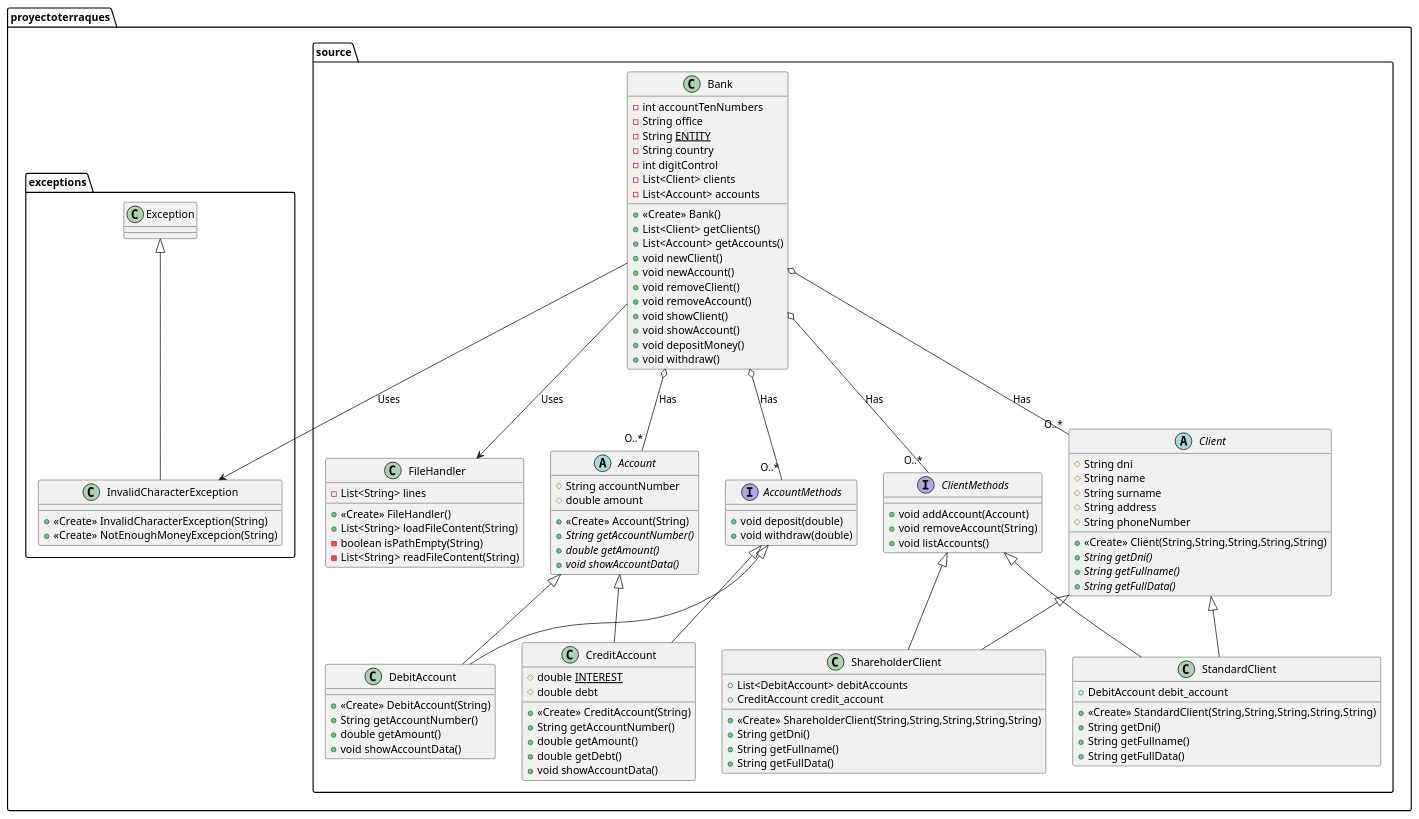
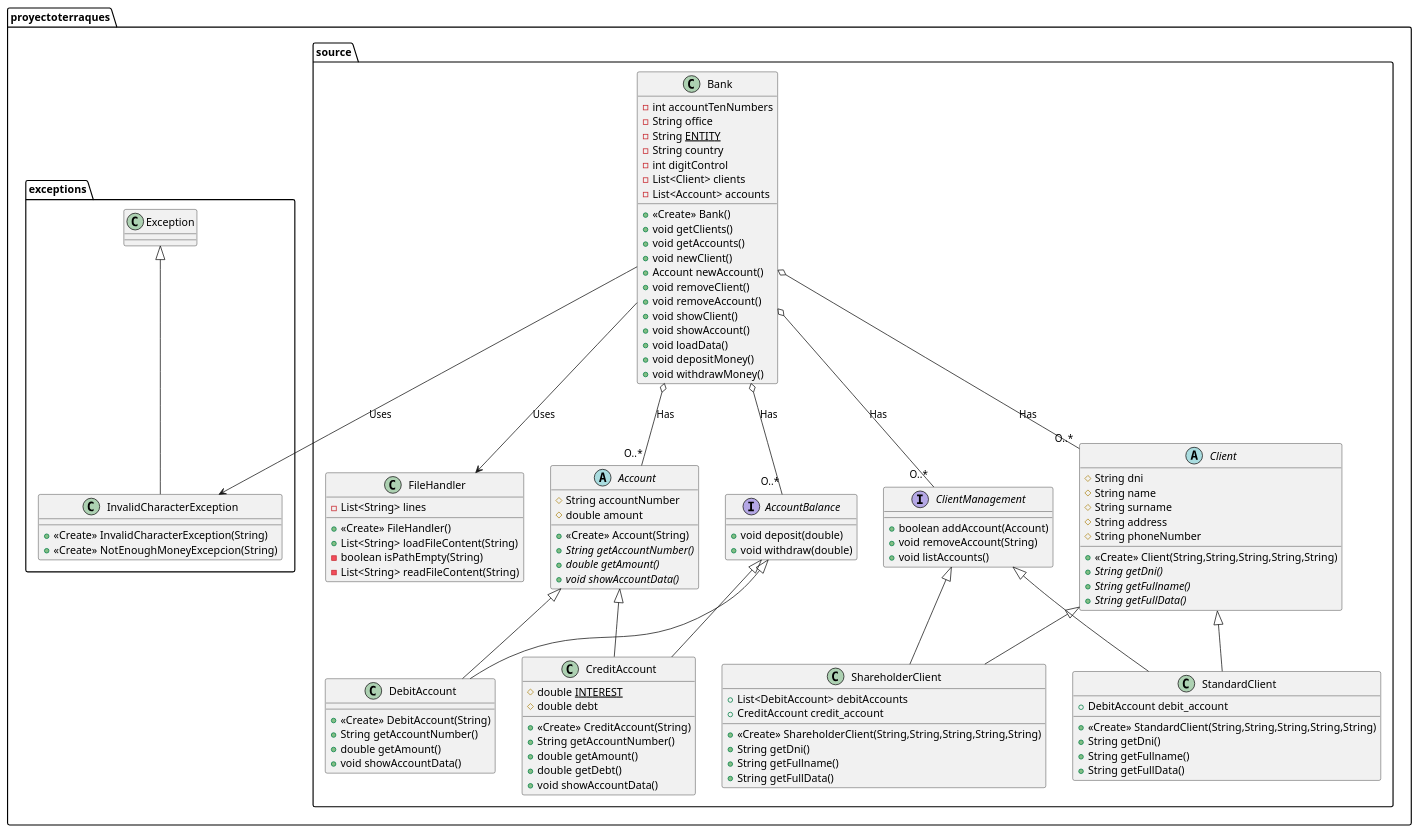
One commit to EduLostal/awesome-projects-prograii changed the diagram in proyectoTerraques/out/production/proyectoTerraques/proyectoterraques/docs/diagram.puml. Above: the diagram before and after it, drawn with PlantUML. The commit also changed 36 other files, not shown here.

```diff
--- a/proyectoTerraques/out/production/proyectoTerraques/proyectoterraques/docs/diagram.puml
+++ b/proyectoTerraques/out/production/proyectoTerraques/proyectoterraques/docs/diagram.puml
@@ -1,136 +1,137 @@
 @startuml
 
 
 class proyectoterraques.source.Bank {
 - int accountTenNumbers
 - String office
 - String <u>ENTITY</u>
 - String country
 - int digitControl
 - List<Client> clients
 - List<Account> accounts
 + <<Create>> Bank()
-+ List<Client> getClients()
-+ List<Account> getAccounts()
++ void getClients()
++ void getAccounts()
 + void newClient()
-+ void newAccount()
++ Account newAccount()
 + void removeClient()
 + void removeAccount()
 + void showClient()
 + void showAccount()
++ void loadData()
 + void depositMoney()
-+ void withdraw()
++ void withdrawMoney()
 
 }
 
 abstract class proyectoterraques.source.Client {
 # String dni
 # String name
 # String surname
 # String address
 # String phoneNumber
 + <<Create>> Client(String,String,String,String,String)
 + {abstract}String getDni()
 + {abstract}String getFullname()
 + {abstract}String getFullData()
 }
 
 class proyectoterraques.source.ShareholderClient {
 + <<Create>> ShareholderClient(String,String,String,String,String)
 + String getDni()
 + String getFullname()
 + String getFullData()
 + List<DebitAccount> debitAccounts
 + CreditAccount credit_account
 }
 
 class proyectoterraques.source.StandardClient {
 + <<Create>> StandardClient(String,String,String,String,String)
 + String getDni()
 + String getFullname()
 + String getFullData()
 + DebitAccount debit_account
 }
 
 abstract class proyectoterraques.source.Account {
 #  String accountNumber
 #  double amount
 + <<Create>> Account(String)
 + {abstract} String getAccountNumber()
 + {abstract} double getAmount()
 + {abstract} void showAccountData()
 
 }
 
-interface proyectoterraques.source.AccountMethods {
+interface proyectoterraques.source.AccountBalance {
 + void deposit(double)
 + void withdraw(double)
 
 
 }
 
-interface proyectoterraques.source.ClientMethods {
-+void addAccount(Account)
+interface proyectoterraques.source.ClientManagement {
++boolean addAccount(Account)
 +void removeAccount(String)
 +void listAccounts()
 
 }
 
 class proyectoterraques.source.DebitAccount {
 + <<Create>> DebitAccount(String)
 + String getAccountNumber()
 + double getAmount()
 + void showAccountData()
 
 
 }
 
 class proyectoterraques.source.CreditAccount {
 # double <u>INTEREST</u>
 # double debt
 + <<Create>> CreditAccount(String)
 + String getAccountNumber()
 + double getAmount()
 + double getDebt()
 + void showAccountData()
 
 
 }
 
 class proyectoterraques.source.FileHandler {
 - List<String> lines
 + <<Create>> FileHandler()
 + List<String> loadFileContent(String)
 - boolean isPathEmpty(String)
 - List<String> readFileContent(String)
 }
 
 class proyectoterraques.exceptions.Exception{
 
 }
 
 
 
 class proyectoterraques.exceptions.InvalidCharacterException{
 + <<Create>> InvalidCharacterException(String)
 + <<Create>> NotEnoughMoneyExcepcion(String)
 
 
 }
 
 proyectoterraques.source.Bank o-- "O..*" proyectoterraques.source.Account : Has
 proyectoterraques.source.Bank o-- "O..*" proyectoterraques.source.Client : Has
-proyectoterraques.source.Bank o-- "O..*" proyectoterraques.source.AccountMethods : Has
-proyectoterraques.source.Bank o-- "O..*" proyectoterraques.source.ClientMethods : Has
+proyectoterraques.source.Bank o-- "O..*" proyectoterraques.source.AccountBalance : Has
+proyectoterraques.source.Bank o-- "O..*" proyectoterraques.source.ClientManagement : Has
 proyectoterraques.source.Client <|-- proyectoterraques.source.ShareholderClient
-proyectoterraques.source.ClientMethods <|-- proyectoterraques.source.ShareholderClient
+proyectoterraques.source.ClientManagement <|-- proyectoterraques.source.ShareholderClient
 proyectoterraques.source.Account <|-- proyectoterraques.source.DebitAccount
-proyectoterraques.source.AccountMethods <|-- proyectoterraques.source.DebitAccount
+proyectoterraques.source.AccountBalance <|-- proyectoterraques.source.DebitAccount
 proyectoterraques.source.Client <|-- proyectoterraques.source.StandardClient
-proyectoterraques.source.ClientMethods <|-- proyectoterraques.source.StandardClient
+proyectoterraques.source.ClientManagement <|-- proyectoterraques.source.StandardClient
 proyectoterraques.source.Account <|-- proyectoterraques.source.CreditAccount
-proyectoterraques.source.AccountMethods <|-- proyectoterraques.source.CreditAccount
+proyectoterraques.source.AccountBalance <|-- proyectoterraques.source.CreditAccount
 proyectoterraques.source.Bank --> proyectoterraques.source.FileHandler : Uses
 proyectoterraques.source.Bank --> proyectoterraques.exceptions.InvalidCharacterException : Uses
 proyectoterraques.exceptions.Exception <|-- proyectoterraques.exceptions.InvalidCharacterException
 @enduml
```
